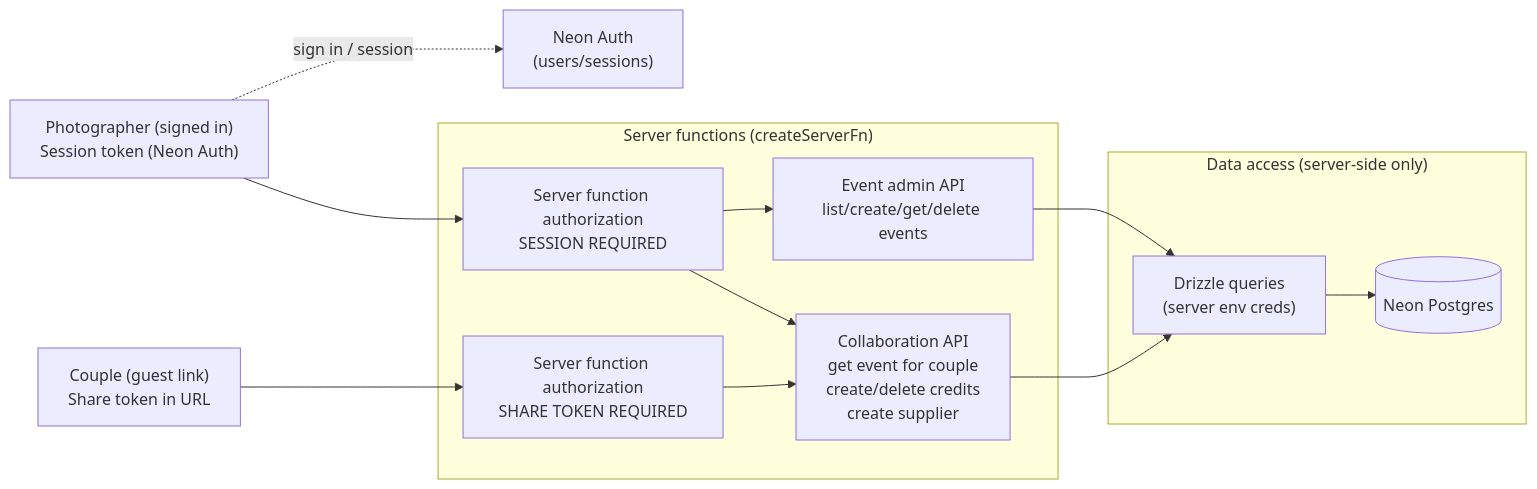
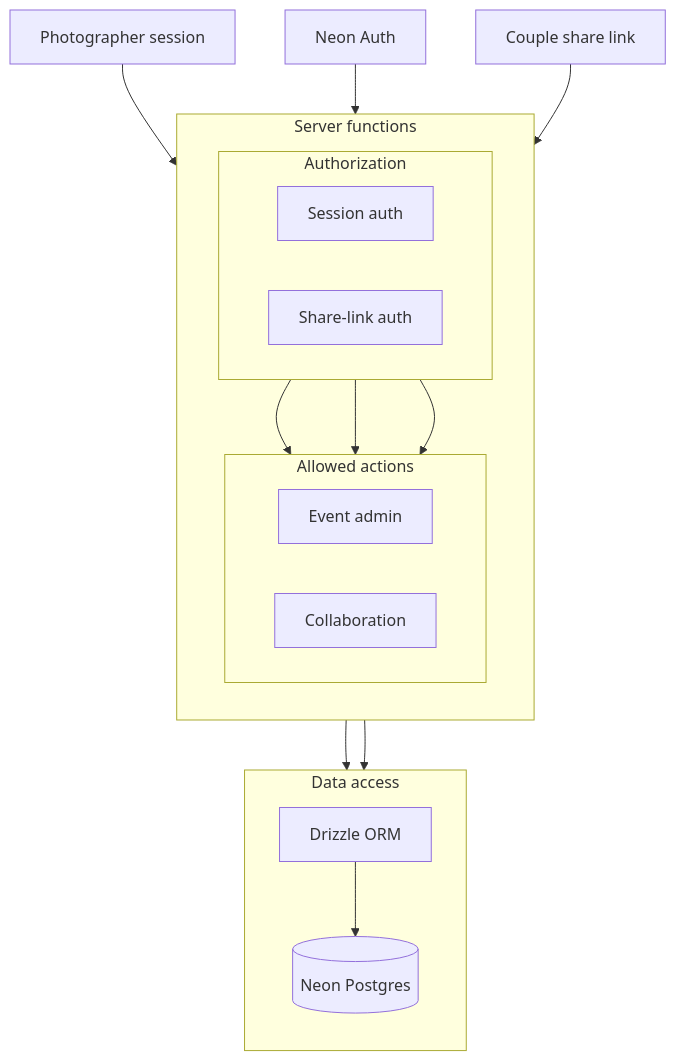
One commit to HeyHemi-dev/heyhemi changed the diagram in src/assets/projects/with-thanks/access-mode-architecture.mmd. Above: the diagram before and after it, drawn with Mermaid. The commit also changed 1 other file, not shown here.

Commit message:
Simplify With Thanks access mode diagram layout

```diff
--- a/src/assets/projects/with-thanks/access-mode-architecture.mmd
+++ b/src/assets/projects/with-thanks/access-mode-architecture.mmd
@@ -1,30 +1,36 @@
-flowchart LR
-  P["Photographer (signed in)\nSession token (Neon Auth)"]
-  C["Couple (guest link)\nShare token in URL"]
+flowchart TD
+  P[Photographer session]
+  NA[Neon Auth]
+  C[Couple share link]
 
-  NA["Neon Auth\n(users/sessions)"]
+  subgraph Server[Server functions]
+    direction TB
+    subgraph Checks[Authorization]
+      direction LR
+      SA[Session auth]
+      SB[Share-link auth]
+    end
 
-  subgraph Server["Server functions (createServerFn)"]
-    SA["Server function authorization\nSESSION REQUIRED"]
-    SB["Server function authorization\nSHARE TOKEN REQUIRED"]
-    Admin["Event admin API\nlist/create/get/delete events"]
-    Collab["Collaboration API\nget event for couple\ncreate/delete credits\ncreate supplier"]
+    subgraph Actions[Allowed actions]
+      direction LR
+      Admin[Event admin]
+      Collab[Collaboration]
+    end
   end
 
-  subgraph Data["Data access (server-side only)"]
-    Drizzle["Drizzle queries\n(server env creds)"]
-    DB[("Neon Postgres")]
+  subgraph Data[Data access]
+    direction TB
+    Drizzle[Drizzle ORM]
+    DB[(Neon Postgres)]
   end
 
-  %% Auth issuance/validation (conceptual)
-  P -. "sign in / session" .-> NA
   P --> SA
+  NA --> SA
   C --> SB
-
   SA --> Admin
   SA --> Collab
   SB --> Collab
 
   Admin --> Drizzle
   Collab --> Drizzle
   Drizzle --> DB
```
